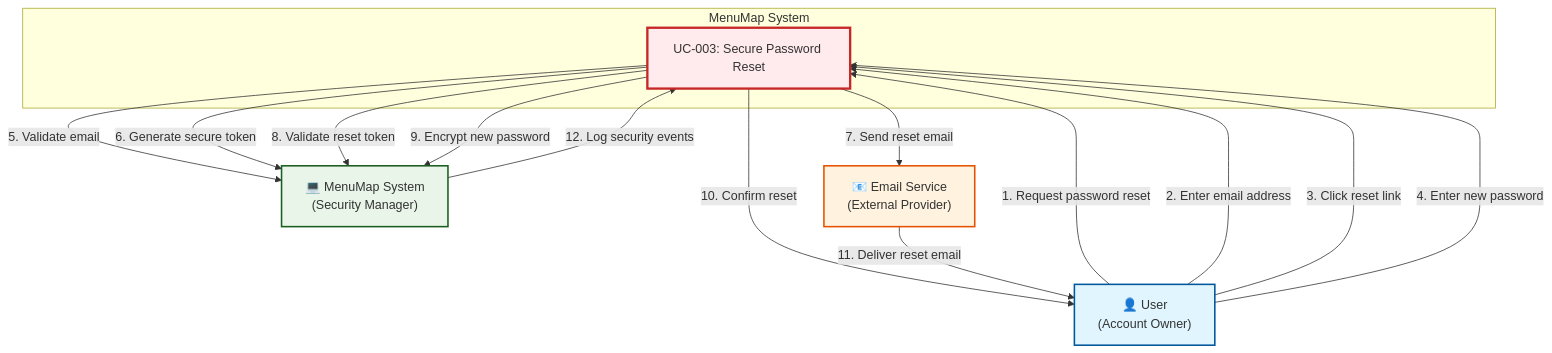
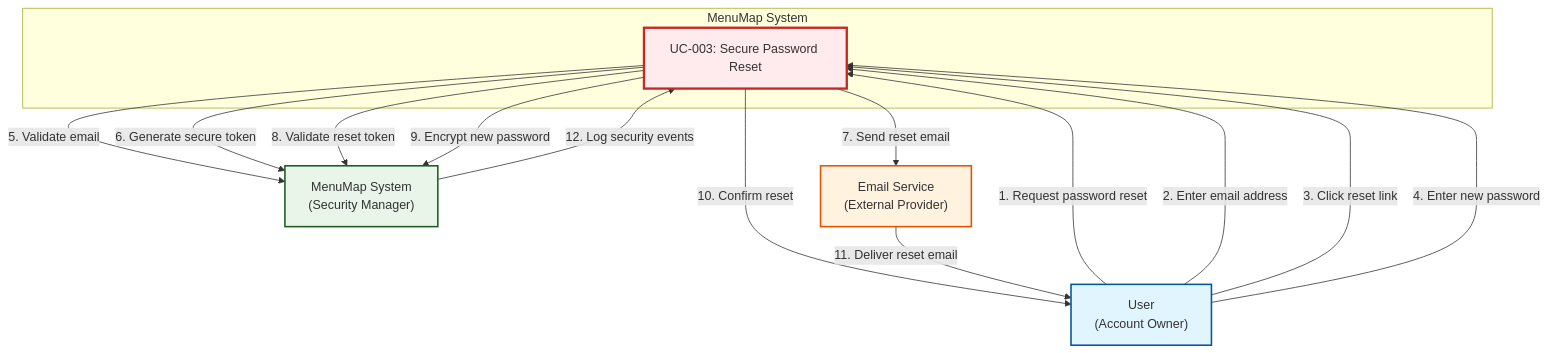
The third of 4 diagrams in Deliverable3_Implementation/AndreLewis1400/MenuMap/Deliverable1_Requirements/Use_Case_Diagrams.md (AndreLewis1400/MenuMap), drawn with Mermaid before and after one commit. The commit also changed other lines of this file and 151 other files, not shown here.

````diff
--- a/Deliverable3_Implementation/AndreLewis1400/MenuMap/Deliverable1_Requirements/Use_Case_Diagrams.md
+++ b/Deliverable3_Implementation/AndreLewis1400/MenuMap/Deliverable1_Requirements/Use_Case_Diagrams.md
@@ -140,35 +140,35 @@
 ```mermaid
 graph TB
-    subgraph "MenuMap System"
-        UC3["UC-003: Secure Password Reset"]
-    end
-    
-    User["👤 User<br/>(Account Owner)"]
-    System["💻 MenuMap System<br/>(Security Manager)"]
-    EmailService["📧 Email Service<br/>(External Provider)"]
-    
-    User -->|"1. Request password reset"| UC3
-    User -->|"2. Enter email address"| UC3
-    User -->|"3. Click reset link"| UC3
-    User -->|"4. Enter new password"| UC3
-    
-    UC3 -->|"5. Validate email"| System
-    UC3 -->|"6. Generate secure token"| System
-    UC3 -->|"7. Send reset email"| EmailService
-    UC3 -->|"8. Validate reset token"| System
-    UC3 -->|"9. Encrypt new password"| System
-    UC3 -->|"10. Confirm reset"| User
-    
-    EmailService -->|"11. Deliver reset email"| User
-    System -->|"12. Log security events"| UC3
-    
-    classDef actor fill:#e1f5fe,stroke:#01579b,stroke-width:2px
-    classDef usecase fill:#ffebee,stroke:#c62828,stroke-width:3px
-    classDef system fill:#e8f5e8,stroke:#1b5e20,stroke-width:2px
-    classDef external fill:#fff3e0,stroke:#e65100,stroke-width:2px
-    
-    class User actor
-    class UC3 usecase
-    class System system
-    class EmailService external
+ subgraph "MenuMap System"
+ UC3["UC-003: Secure Password Reset"]
+ end
+ 
+ User[" User<br/>(Account Owner)"]
+ System[" MenuMap System<br/>(Security Manager)"]
+ EmailService[" Email Service<br/>(External Provider)"]
+ 
+ User -->|"1. Request password reset"| UC3
+ User -->|"2. Enter email address"| UC3
+ User -->|"3. Click reset link"| UC3
+ User -->|"4. Enter new password"| UC3
+ 
+ UC3 -->|"5. Validate email"| System
+ UC3 -->|"6. Generate secure token"| System
+ UC3 -->|"7. Send reset email"| EmailService
+ UC3 -->|"8. Validate reset token"| System
+ UC3 -->|"9. Encrypt new password"| System
+ UC3 -->|"10. Confirm reset"| User
+ 
+ EmailService -->|"11. Deliver reset email"| User
+ System -->|"12. Log security events"| UC3
+ 
+ classDef actor fill:#e1f5fe,stroke:#01579b,stroke-width:2px
+ classDef usecase fill:#ffebee,stroke:#c62828,stroke-width:3px
+ classDef system fill:#e8f5e8,stroke:#1b5e20,stroke-width:2px
+ classDef external fill:#fff3e0,stroke:#e65100,stroke-width:2px
+ 
+ class User actor
+ class UC3 usecase
+ class System system
+ class EmailService external
 ```
````
